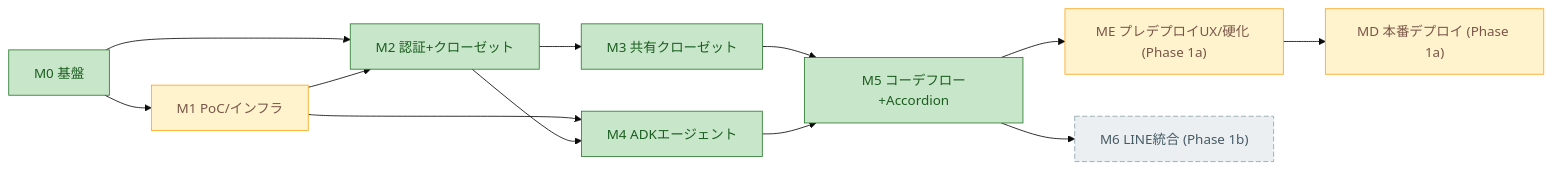
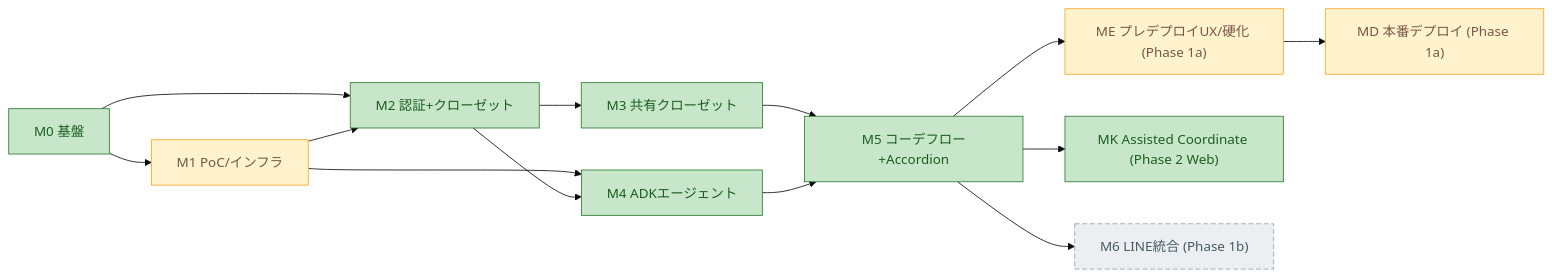
The eighth of 8 diagrams in docs/architecture-overview.md (RanArino/gen-fashion), drawn with Mermaid (base theme) before and after one commit. The commit also changed other lines of this file and 67 other files, not shown here.

````diff
--- a/docs/architecture-overview.md
+++ b/docs/architecture-overview.md
@@ -372,20 +410,21 @@
 ```mermaid
 flowchart LR
   M0["M0 基盤"] --> M1["M1 PoC/インフラ"]
   M0 --> M2["M2 認証+クローゼット"]
   M1 --> M2
   M2 --> M3["M3 共有クローゼット"]
   M1 --> M4["M4 ADKエージェント"]
   M2 --> M4
   M3 --> M5["M5 コーデフロー+Accordion"]
   M4 --> M5
   M5 --> ME["ME プレデプロイUX/硬化 (Phase 1a)"]
   ME --> MD["MD 本番デプロイ (Phase 1a)"]
+  M5 --> MK["MK Assisted Coordinate (Phase 2 Web)"]
   M5 --> M6["M6 LINE統合 (Phase 1b)"]
 
   classDef done fill:#c8e6c9,stroke:#2e7d32,color:#1b5e20;
   classDef wip fill:#fff3cd,stroke:#f9a825,color:#795548;
   classDef stub fill:#ffe0b2,stroke:#e65100,color:#bf360c,stroke-dasharray:5 3;
   classDef todo fill:#eceff1,stroke:#90a4ae,color:#455a64,stroke-dasharray:6 3;
-  class M0,M2,M3,M4,M5 done; class M1,ME,MD wip; class M6 todo;
+  class M0,M2,M3,M4,M5,MK done; class M1,ME,MD wip; class M6 todo;
 ```
````
